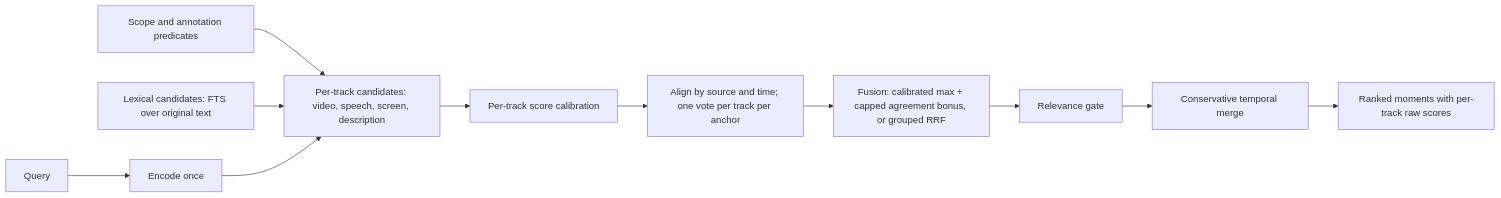
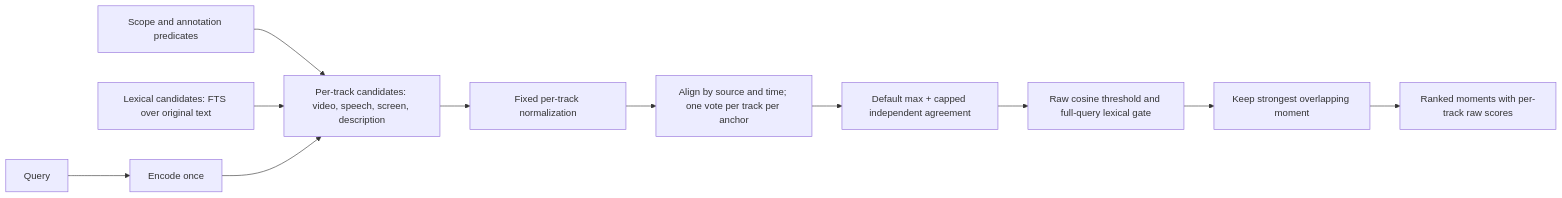
Before and after one commit to cerul-ai/cerul: the diagram in docs/design/hybrid-video-search.md, drawn with Mermaid. The commit also changed other lines of this file and 20 other files, not shown here.

````diff
--- a/docs/design/hybrid-video-search.md
+++ b/docs/design/hybrid-video-search.md
@@ -181,13 +179,13 @@
 ```mermaid
 flowchart LR
     Q[Query] --> E[Encode once]
     F[Scope and annotation predicates] --> R[Per-track candidates: video, speech, screen, description]
     L[Lexical candidates: FTS over original text] --> R
     E --> R
-    R --> C[Per-track score calibration]
+    R --> C[Fixed per-track normalization]
     C --> A[Align by source and time; one vote per track per anchor]
-    A --> S[Fusion: calibrated max + capped agreement bonus, or grouped RRF]
-    S --> G[Relevance gate]
-    G --> T[Conservative temporal merge]
+    A --> S[Default max + capped independent agreement]
+    S --> G[Raw cosine threshold and full-query lexical gate]
+    G --> T[Keep strongest overlapping moment]
     T --> O[Ranked moments with per-track raw scores]
 ```
````
